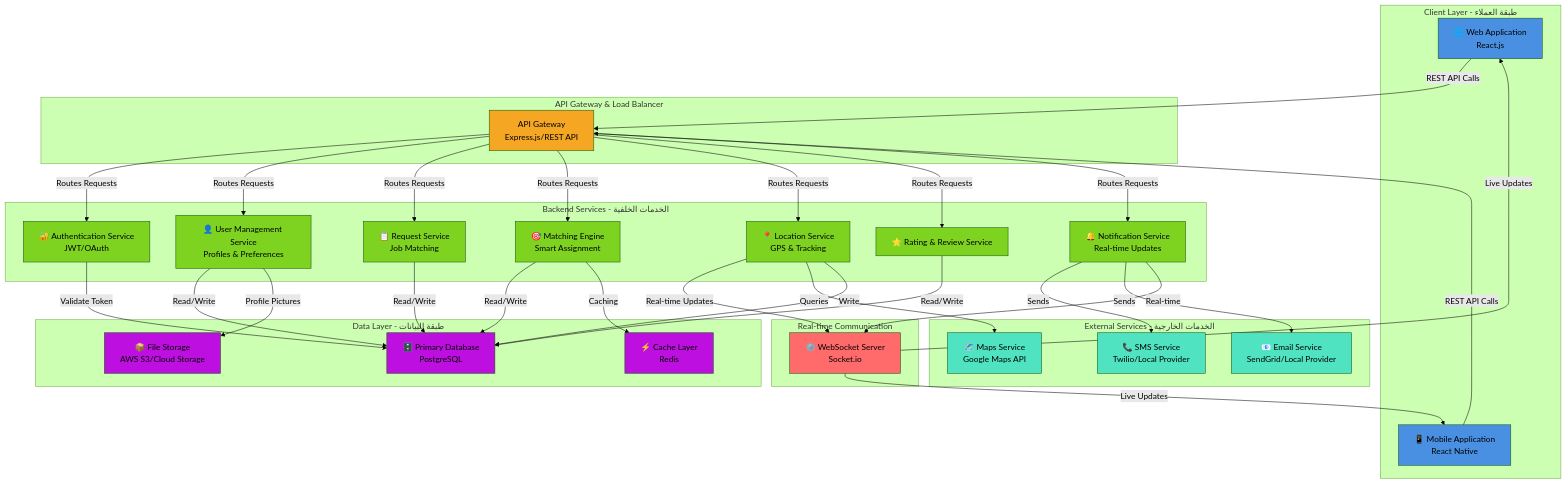
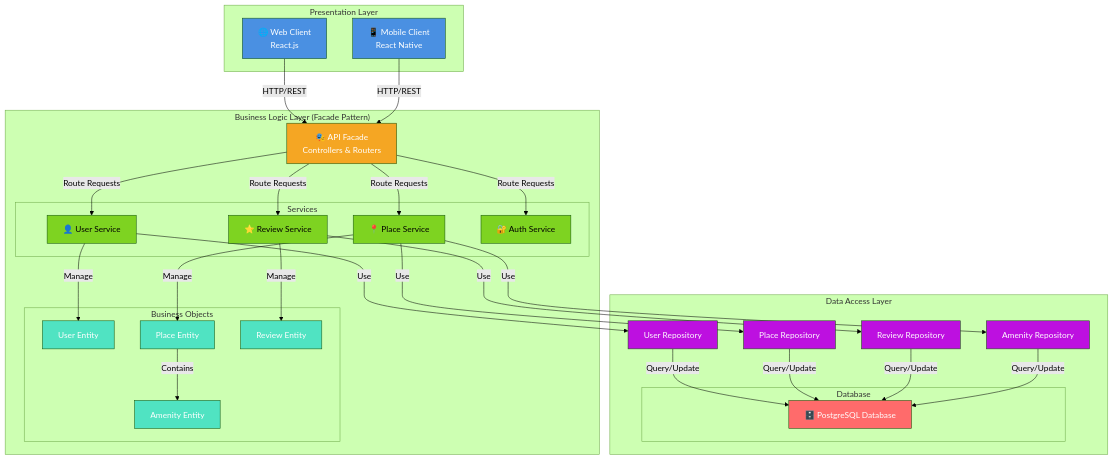
One commit to aziz5g-tech/holbertonschool-portfolio-project changed the first of 6 diagrams in Stage 3/System_Architecture.md. Above: the diagram before and after it, drawn with Mermaid (forest theme). The commit also changed other lines of this file, not shown here.

Commit message:
uplaod system architecture

````diff
--- a/Stage 3/System_Architecture.md
+++ b/Stage 3/System_Architecture.md
@@ -5,83 +5,76 @@
 ```mermaid
 graph TB
-    subgraph "Client Layer - طبقة العملاء"
-        WEB["🌐 Web Application<br/>React.js"]
-        MOBILE["📱 Mobile Application<br/>React Native"]
+    subgraph "Presentation Layer"
+        WEB["🌐 Web Client<br/>React.js"]
+        MOBILE["📱 Mobile Client<br/>React Native"]
     end
 
-    subgraph "API Gateway & Load Balancer"
-        GATEWAY["API Gateway<br/>Express.js/REST API"]
+    subgraph "Business Logic Layer (Facade Pattern)"
+        FACADE["🎭 API Facade<br/>Controllers & Routers"]
+        
+        subgraph "Services"
+            USERSERVICE["👤 User Service"]
+            PLACESERVICE["📍 Place Service"]
+            REVIEWSERVICE["⭐ Review Service"]
+            AUTHSERVICE["🔐 Auth Service"]
+        end
+
+        subgraph "Business Objects"
+            USEROBJ["User Entity"]
+            PLACEOBJ["Place Entity"]
+            REVIEWOBJ["Review Entity"]
+            AMENITYOBJ["Amenity Entity"]
+        end
+
+        FACADE -->|Route Requests| USERSERVICE
+        FACADE -->|Route Requests| PLACESERVICE
+        FACADE -->|Route Requests| REVIEWSERVICE
+        FACADE -->|Route Requests| AUTHSERVICE
+
+        USERSERVICE -->|Manage| USEROBJ
+        PLACESERVICE -->|Manage| PLACEOBJ
+        REVIEWSERVICE -->|Manage| REVIEWOBJ
+        PLACEOBJ -->|Contains| AMENITYOBJ
     end
 
-    subgraph "Backend Services - الخدمات الخلفية"
-        AUTH["🔐 Authentication Service<br/>JWT/OAuth"]
-        USER["👤 User Management Service<br/>Profiles & Preferences"]
-        REQUEST["📋 Request Service<br/>Job Matching"]
-        MATCH["🎯 Matching Engine<br/>Smart Assignment"]
-        LOCATION["📍 Location Service<br/>GPS & Tracking"]
-        RATING["⭐ Rating & Review Service"]
-        NOTIFICATION["🔔 Notification Service<br/>Real-time Updates"]
+    subgraph "Data Access Layer"
+        USERREPO["User Repository"]
+        PLACEREPO["Place Repository"]
+        REVIEWREPO["Review Repository"]
+        AMENITYREPO["Amenity Repository"]
+
+        subgraph "Database"
+            DB["🗄️ PostgreSQL Database"]
+        end
+
+        USERREPO -->|Query/Update| DB
+        PLACEREPO -->|Query/Update| DB
+        REVIEWREPO -->|Query/Update| DB
+        AMENITYREPO -->|Query/Update| DB
     end
 
-    subgraph "Data Layer - طبقة البيانات"
-        DB["🗄️ Primary Database<br/>PostgreSQL"]
-        CACHE["⚡ Cache Layer<br/>Redis"]
-        STORAGE["📦 File Storage<br/>AWS S3/Cloud Storage"]
-    end
+    WEB -->|HTTP/REST| FACADE
+    MOBILE -->|HTTP/REST| FACADE
 
-    subgraph "External Services - الخدمات الخارجية"
-        MAPS["🗺️ Maps Service<br/>Google Maps API"]
-        SMS["📞 SMS Service<br/>Twilio/Local Provider"]
-        EMAIL["📧 Email Service<br/>SendGrid/Local Provider"]
-    end
+    USERSERVICE -->|Use| USERREPO
+    PLACESERVICE -->|Use| PLACEREPO
+    PLACESERVICE -->|Use| AMENITYREPO
+    REVIEWSERVICE -->|Use| REVIEWREPO
 
-    subgraph "Real-time Communication"
-        WEBSOCKET["⚙️ WebSocket Server<br/>Socket.io"]
-    end
-
-    WEB -->|REST API Calls| GATEWAY
-    MOBILE -->|REST API Calls| GATEWAY
-
-    GATEWAY -->|Routes Requests| AUTH
-    GATEWAY -->|Routes Requests| USER
-    GATEWAY -->|Routes Requests| REQUEST
-    GATEWAY -->|Routes Requests| MATCH
-    GATEWAY -->|Routes Requests| LOCATION
-    GATEWAY -->|Routes Requests| RATING
-    GATEWAY -->|Routes Requests| NOTIFICATION
-
-    AUTH -->|Validate Token| DB
-    USER -->|Read/Write| DB
-    USER -->|Profile Pictures| STORAGE
-    REQUEST -->|Read/Write| DB
-    MATCH -->|Read/Write| DB
-    MATCH -->|Caching| CACHE
-    LOCATION -->|Real-time Updates| WEBSOCKET
-    LOCATION -->|Queries| MAPS
-    LOCATION -->|Write| DB
-    RATING -->|Read/Write| DB
-    NOTIFICATION -->|Sends| SMS
-    NOTIFICATION -->|Sends| EMAIL
-    NOTIFICATION -->|Real-time| WEBSOCKET
-
-    WEBSOCKET -->|Live Updates| WEB
-    WEBSOCKET -->|Live Updates| MOBILE
-
-    style WEB fill:#4A90E2
-    style MOBILE fill:#4A90E2
-    style GATEWAY fill:#F5A623
-    style AUTH fill:#7ED321
-    style USER fill:#7ED321
-    style REQUEST fill:#7ED321
-    style MATCH fill:#7ED321
-    style LOCATION fill:#7ED321
-    style RATING fill:#7ED321
-    style NOTIFICATION fill:#7ED321
-    style DB fill:#BD10E0
-    style CACHE fill:#BD10E0
-    style STORAGE fill:#BD10E0
-    style MAPS fill:#50E3C2
-    style SMS fill:#50E3C2
-    style EMAIL fill:#50E3C2
-    style WEBSOCKET fill:#FF6B6B
+    style WEB fill:#4A90E2,color:#fff
+    style MOBILE fill:#4A90E2,color:#fff
+    style FACADE fill:#F5A623,color:#fff
+    style USERSERVICE fill:#7ED321
+    style PLACESERVICE fill:#7ED321
+    style REVIEWSERVICE fill:#7ED321
+    style AUTHSERVICE fill:#7ED321
+    style USEROBJ fill:#50E3C2,color:#fff
+    style PLACEOBJ fill:#50E3C2,color:#fff
+    style REVIEWOBJ fill:#50E3C2,color:#fff
+    style AMENITYOBJ fill:#50E3C2,color:#fff
+    style USERREPO fill:#BD10E0,color:#fff
+    style PLACEREPO fill:#BD10E0,color:#fff
+    style REVIEWREPO fill:#BD10E0,color:#fff
+    style AMENITYREPO fill:#BD10E0,color:#fff
+    style DB fill:#FF6B6B,color:#fff
 ```
````
